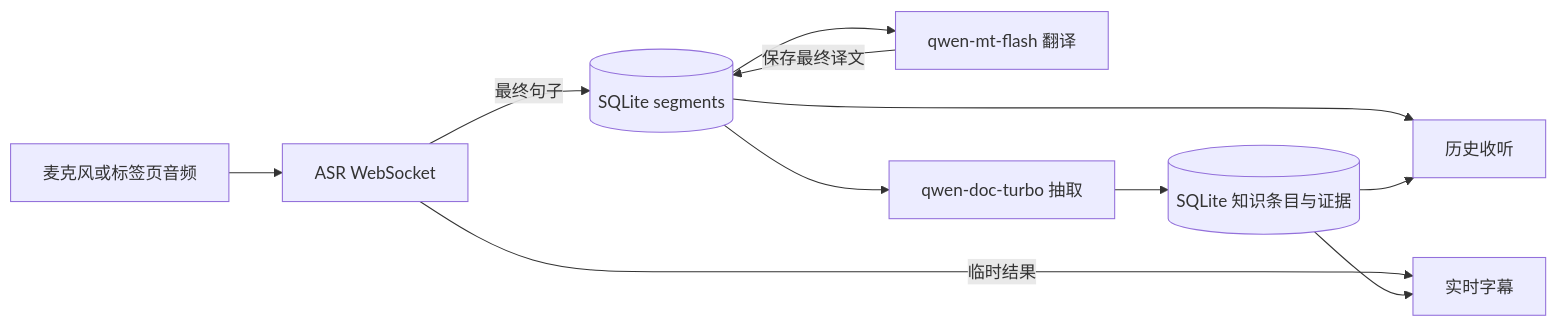
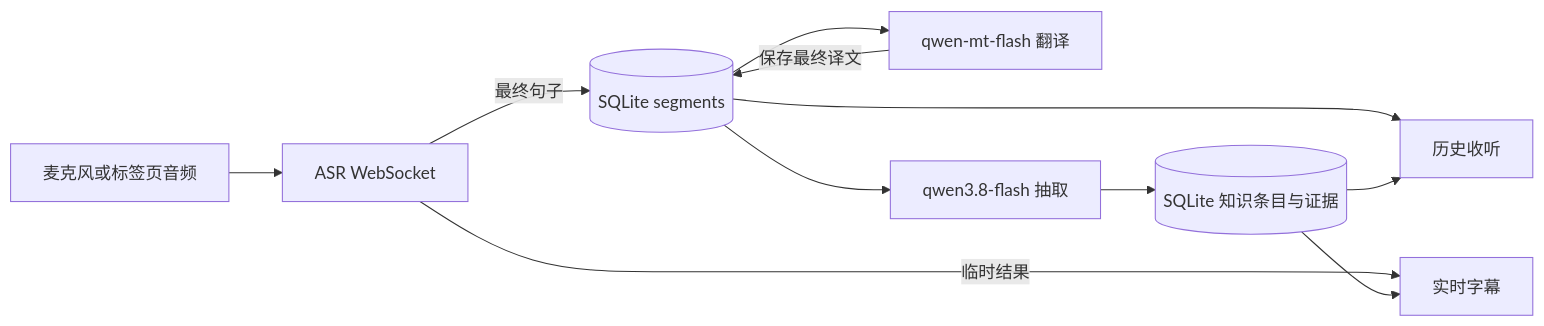
The diagram in docs/listening-history-implementation.md (kejun/hearwise), drawn with Mermaid before and after one commit. The commit also changed other lines of this file and 4 other files, not shown here.

Commit message:
知识抽取模型从 qwen-doc-turbo 换成 qwen3.8-flash，关闭思考模式（enable_thinking: false）

````diff
--- a/docs/listening-history-implementation.md
+++ b/docs/listening-history-implementation.md
@@ -51,13 +51,13 @@
 ```mermaid
 flowchart LR
     A[麦克风或标签页音频] --> B[ASR WebSocket]
     B -->|临时结果| C[实时字幕]
     B -->|最终句子| D[(SQLite segments)]
     D --> E[qwen-mt-flash 翻译]
-    D --> F[qwen-doc-turbo 抽取]
+    D --> F[qwen3.8-flash 抽取]
     E -->|保存最终译文| D
     F --> G[(SQLite 知识条目与证据)]
     D --> H[历史收听]
     G --> C
     G --> H
 ```
````
